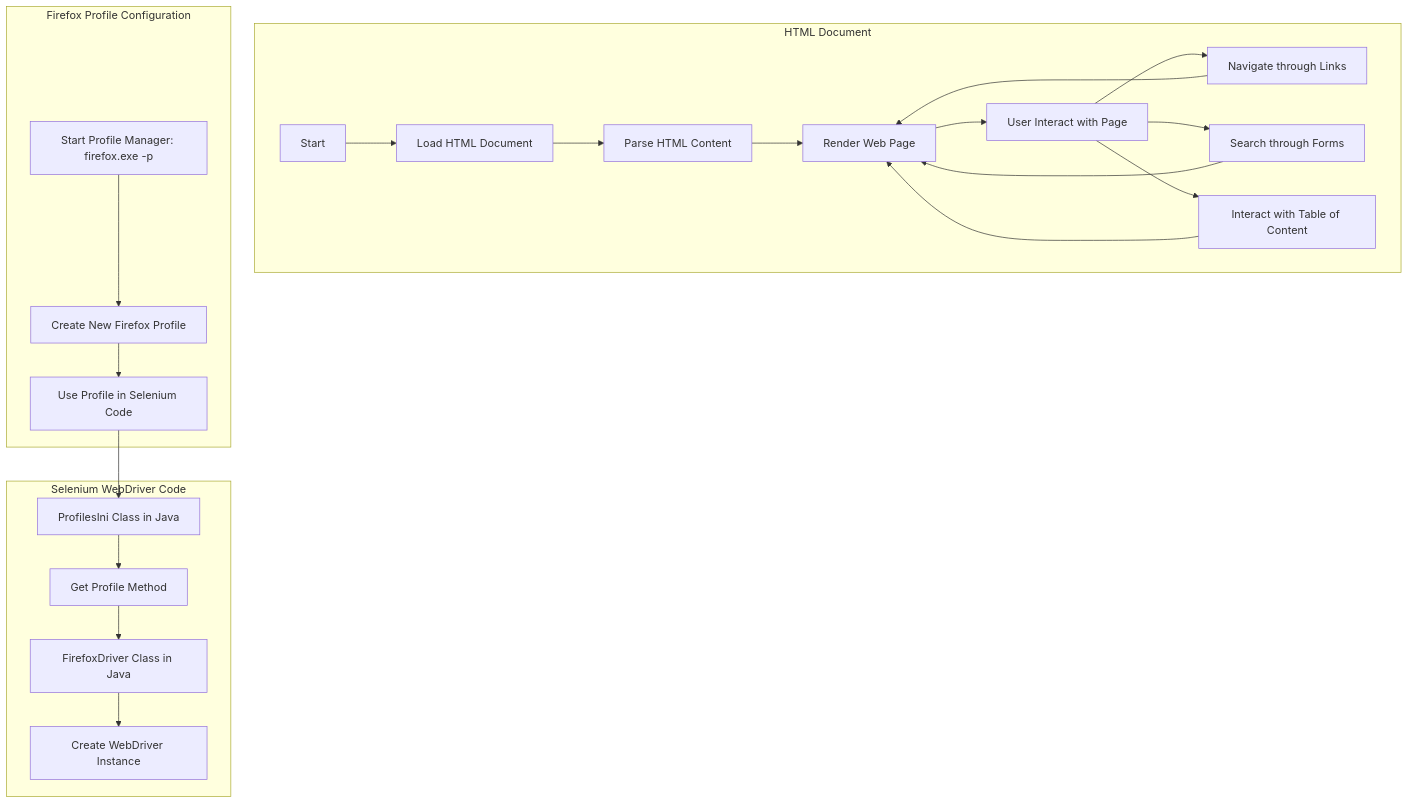
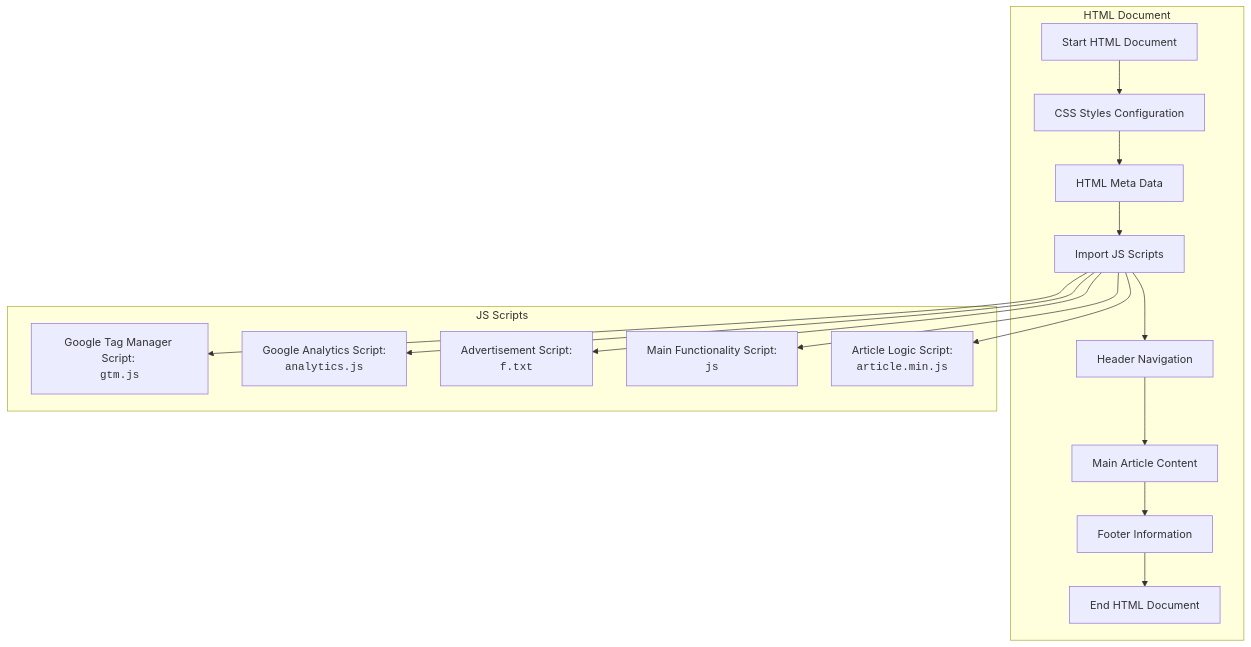
Before and after one commit to hypo69/hypo: the diagram in docs/gemini/ru/explainer/src/webdriver/firefox/_docs/Steps to Configure Firefox profile for Selenium Webdriver _ Tools QA.html.md, drawn with Mermaid. The commit also changed other lines of this file and 1300 other files, not shown here.

````diff
--- a/docs/gemini/ru/explainer/src/webdriver/firefox/_docs/Steps to Configure Firefox profile for Selenium Webdriver _ Tools QA.html.md
+++ b/docs/gemini/ru/explainer/src/webdriver/firefox/_docs/Steps to Configure Firefox profile for Selenium Webdriver _ Tools QA.html.md
@@ -51,41 +55,34 @@
 ```mermaid
 flowchart TD
     subgraph HTML Document
-    Start --> LoadHTML[Load HTML Document]
-    LoadHTML --> ParseHTML[Parse HTML Content]
-    ParseHTML --> RenderPage[Render Web Page]
-    RenderPage --> Interact[User Interact with Page]
-    Interact -->  Navigate[Navigate through Links]
-        Interact --> Search[Search through Forms]
-        Interact --> Toc[Interact with Table of Content]
-        Navigate -->  RenderPage
-        Search -->  RenderPage
-        Toc -->  RenderPage
+        Start[Start HTML Document]
+        StyleConfig[CSS Styles Configuration]
+        MetaData[HTML Meta Data]
+        ScriptImport[Import JS Scripts]
+        HeaderNav[Header Navigation]
+        MainContent[Main Article Content]
+        FooterInfo[Footer Information]
+        End[End HTML Document]
+    end
+     Start --> StyleConfig
+    StyleConfig --> MetaData
+    MetaData --> ScriptImport
+    ScriptImport --> HeaderNav
+    HeaderNav --> MainContent
+    MainContent --> FooterInfo
+    FooterInfo --> End
 
-    
+    subgraph JS Scripts
+        GTM[Google Tag Manager Script: <br><code>gtm.js</code>]
+         GA[Google Analytics Script: <br><code>analytics.js</code>]
+        AdScript[Advertisement Script: <br><code>f.txt</code>]
+        MainScript[Main Functionality Script: <br><code>js</code>]
+       ArticleScript[Article Logic Script: <br><code>article.min.js</code>]
     end
-    
-    subgraph Firefox Profile Configuration
-       CreateProfile[Start Profile Manager: firefox.exe -p]
-       CreateProfile --> NewProfile[Create New Firefox Profile]
-       NewProfile --> UseProfile[Use Profile in Selenium Code]
-       
-       
-     end
-    
-    subgraph Selenium WebDriver Code
-      UseProfile --> ProfilesIniClass[ProfilesIni Class in Java]
-        ProfilesIniClass --> GetProfileMethod[Get Profile Method]
-        GetProfileMethod --> FirefoxDriverClass[FirefoxDriver Class in Java]
-         FirefoxDriverClass --> WebDriverInstance[Create WebDriver Instance]
-    end
-    
-  
-    
-    
-    
-    
-    
-    
-    
+
+     ScriptImport --> GTM
+    ScriptImport --> GA
+    ScriptImport --> AdScript
+    ScriptImport --> MainScript
+    ScriptImport --> ArticleScript
 ```
````
